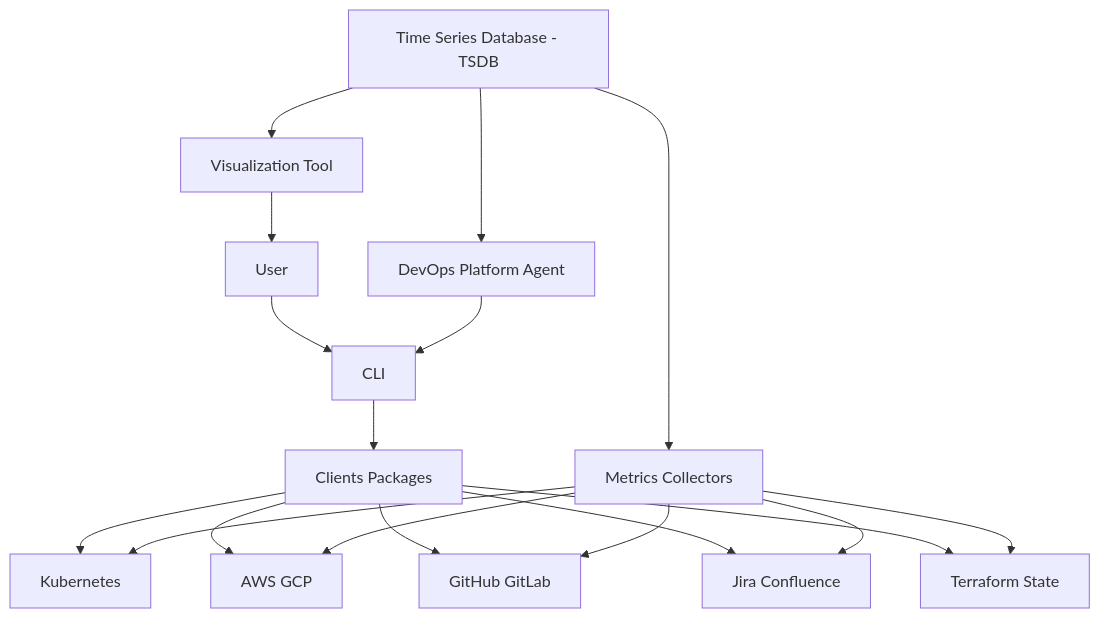
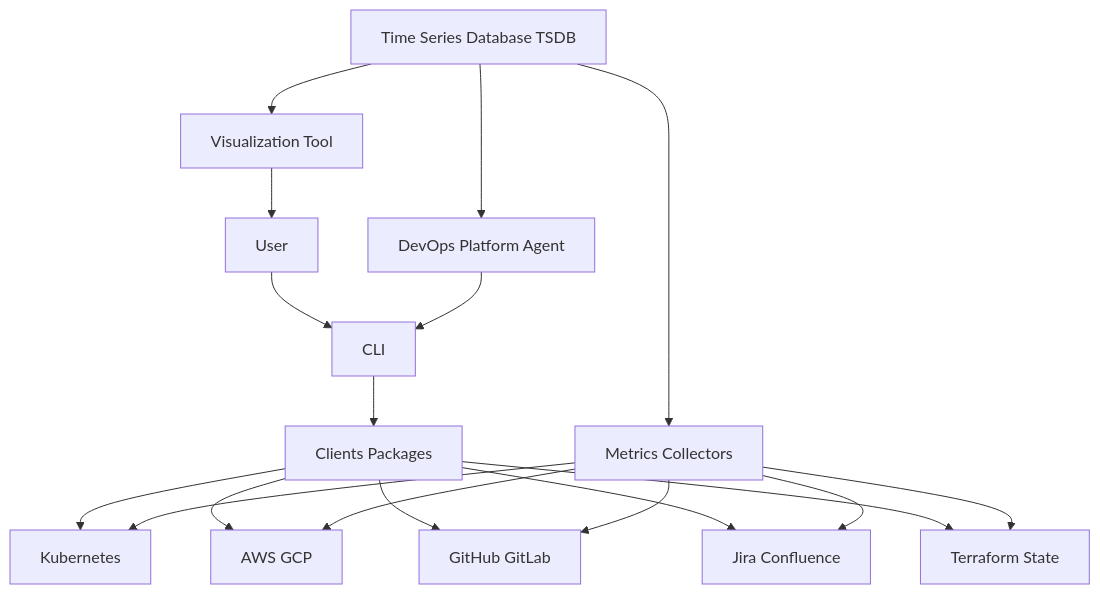
Before and after one commit to hazemataya94/hape-overview: the diagram in Architecture.md, drawn with Mermaid.

Commit message:
update architecture

````diff
--- a/Architecture.md
+++ b/Architecture.md
@@ -17,20 +17,20 @@
 ```mermaid
 graph TD
   U[User] --> CLI[CLI]
   AG[DevOps Platform Agent] --> CLI
   CLI --> CP[Clients Packages]
-  P[Time Series Database - TSDB] --> EXP[Metrics Collectors]
+  P[Time Series Database TSDB] --> EXP[Metrics Collectors]
   P --> G[Visualization Tool]
   CP --> K[Kubernetes]
   CP --> CLOUD[AWS GCP]
   CP --> VCS[GitHub GitLab]
   CP --> WM[Jira Confluence]
   CP --> TF[Terraform State]
   EXP --> K
   EXP --> CLOUD
   EXP --> VCS
   EXP --> WM
   EXP --> TF
   G --> U
   P --> AG
 ```
````
